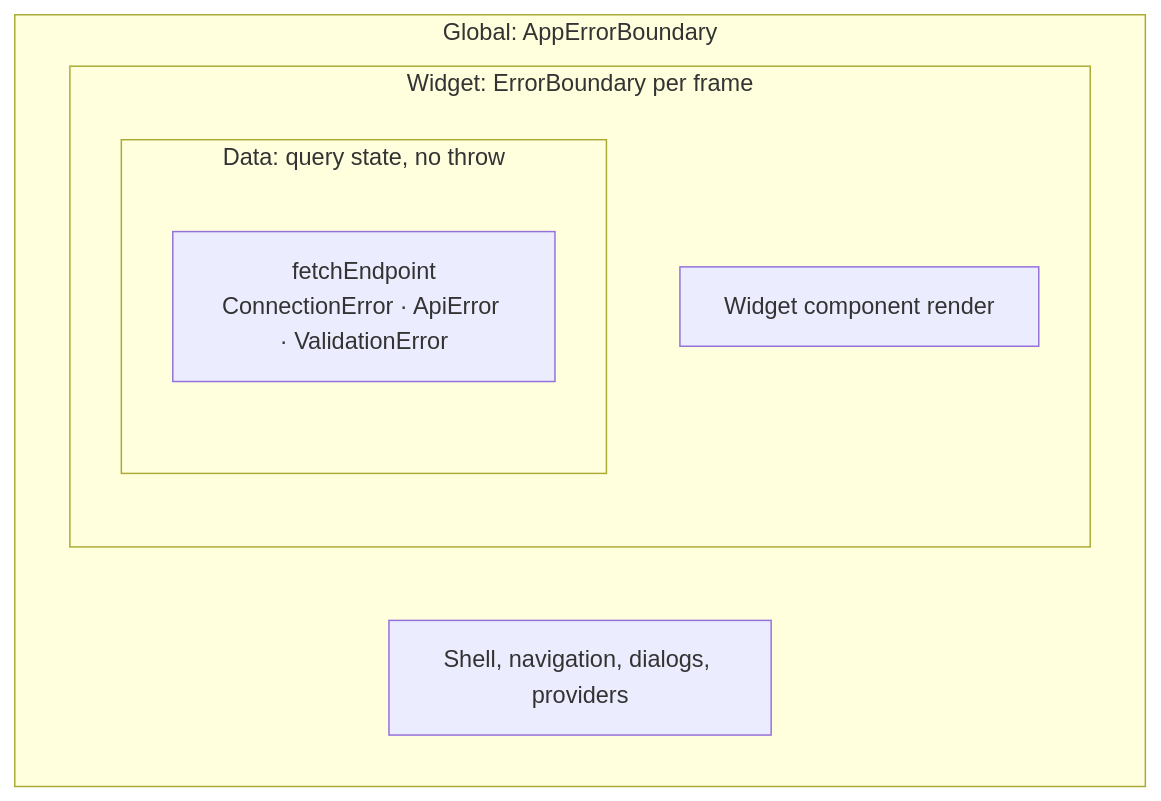
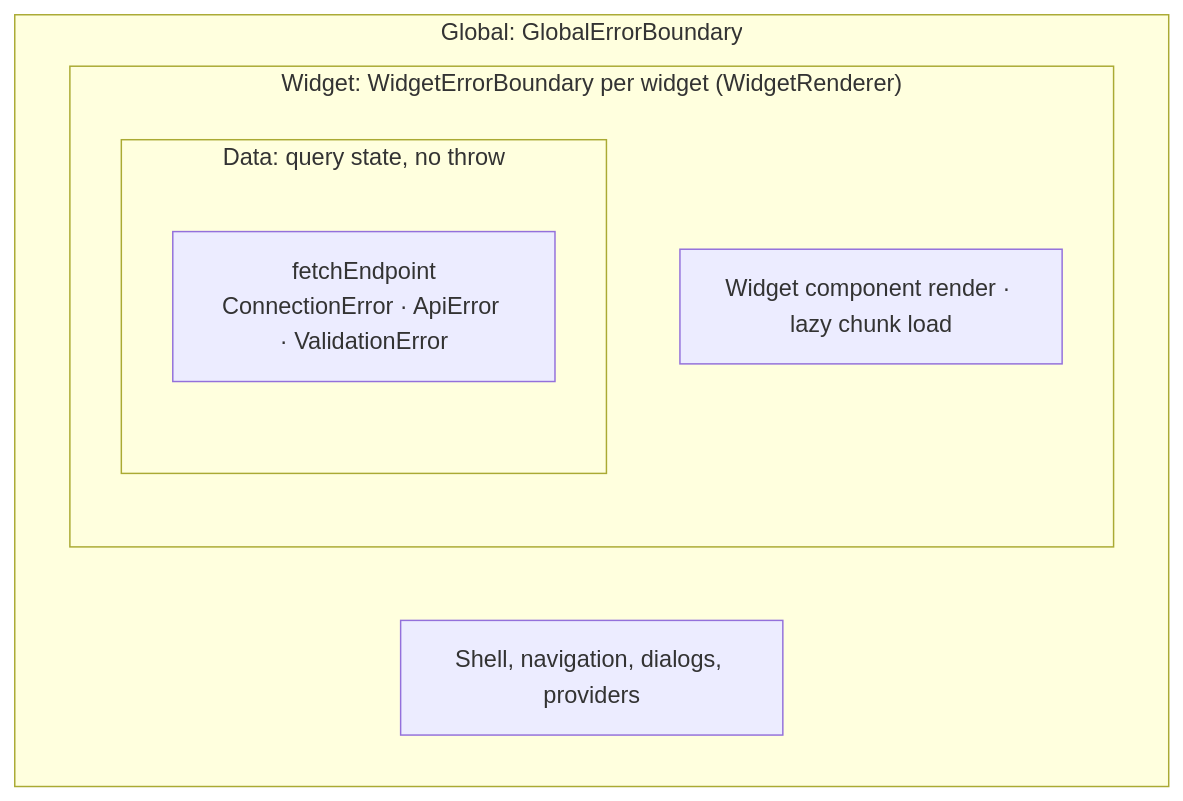
One commit to vaishnavibhagwat/Project-C changed the fourth of 4 diagrams in docs/ARCHITECTURE.md. Above: the diagram before and after it, drawn with Mermaid. The commit also changed other lines of this file and 14 other files, not shown here.

First line of the commit message:
feat(registry): WidgetRenderer, WidgetErrorBoundary and GlobalErrorBoundary

````diff
--- a/docs/ARCHITECTURE.md
+++ b/docs/ARCHITECTURE.md
@@ -445,12 +445,12 @@
 ```mermaid
 flowchart TB
-  subgraph G["Global: AppErrorBoundary"]
+  subgraph G["Global: GlobalErrorBoundary"]
     shellNode["Shell, navigation, dialogs, providers"]
-    subgraph WB["Widget: ErrorBoundary per frame"]
-      renderNode["Widget component render"]
+    subgraph WB["Widget: WidgetErrorBoundary per widget (WidgetRenderer)"]
+      renderNode["Widget component render · lazy chunk load"]
       subgraph DT["Data: query state, no throw"]
         fetchNode["fetchEndpoint<br/>ConnectionError · ApiError · ValidationError"]
       end
     end
   end
 ```
````
